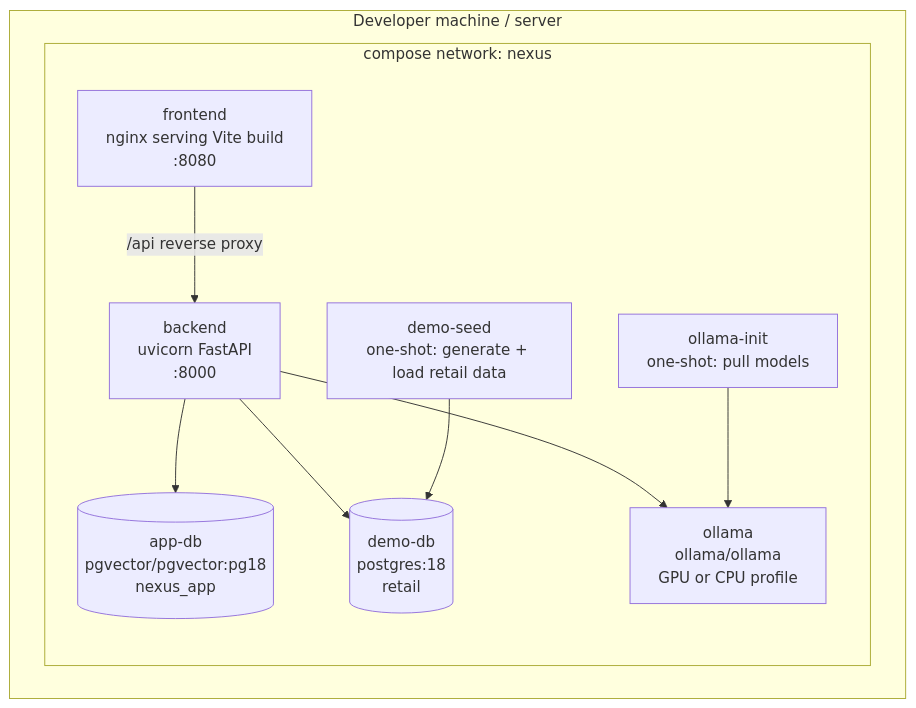
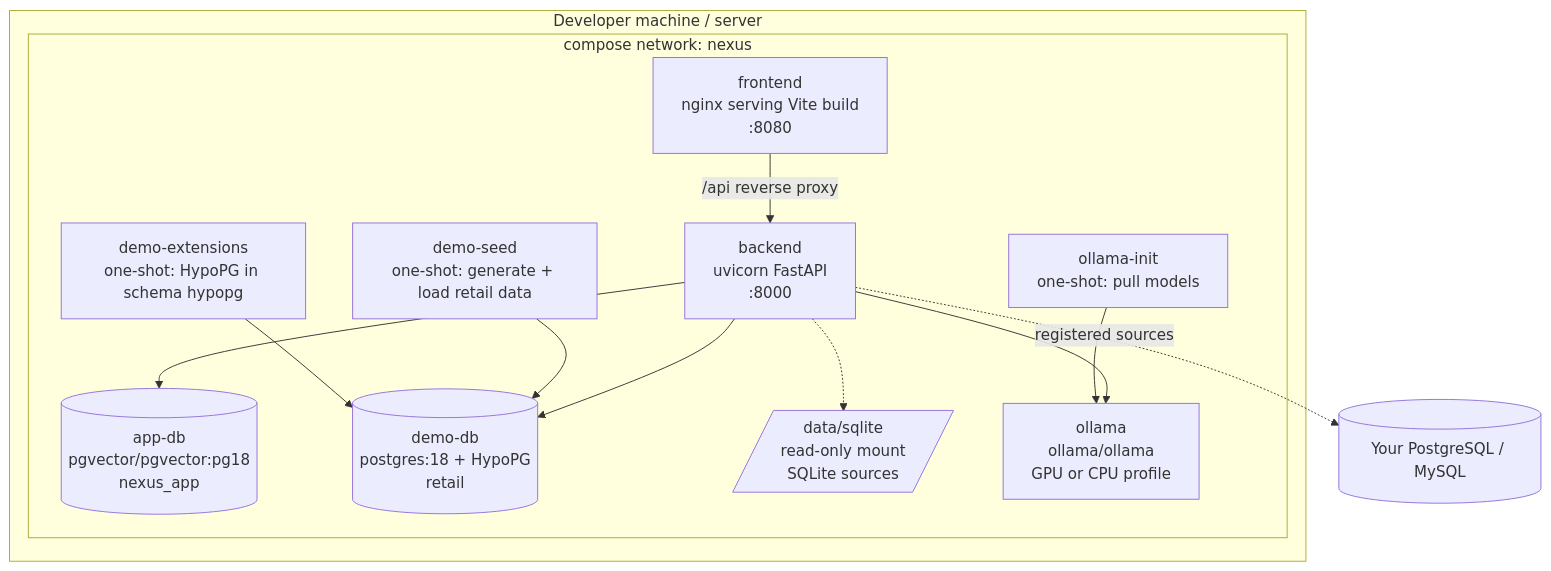
The second of 8 diagrams in docs/ARCHITECTURE.md (ErickEchea/Agente-aut-nomo-Text-to-SQL), drawn with Mermaid before and after one commit. The commit also changed other lines of this file and 11 other files, not shown here.

Commit message:
docs: close phase 5 with ADR-0021 and updated architecture and READMEs

````diff
--- a/docs/ARCHITECTURE.md
+++ b/docs/ARCHITECTURE.md
@@ -45,20 +45,25 @@
 ```mermaid
 flowchart TB
     subgraph host[Developer machine / server]
         subgraph net[compose network: nexus]
             frontend[frontend<br/>nginx serving Vite build<br/>:8080]
             backend[backend<br/>uvicorn FastAPI<br/>:8000]
             appdb[(app-db<br/>pgvector/pgvector:pg18<br/>nexus_app)]
-            demodb[(demo-db<br/>postgres:18<br/>retail)]
+            demodb[(demo-db<br/>postgres:18 + HypoPG<br/>retail)]
+            ext[demo-extensions<br/>one-shot: HypoPG in schema hypopg]
+            sqlite[/data/sqlite<br/>read-only mount<br/>SQLite sources/]
             ollama[ollama<br/>ollama/ollama<br/>GPU or CPU profile]
             init[ollama-init<br/>one-shot: pull models]
             seed[demo-seed<br/>one-shot: generate + load retail data]
         end
     end
     frontend -->|/api reverse proxy| backend
     backend --> appdb
     backend --> demodb
     backend --> ollama
     init --> ollama
     seed --> demodb
+    ext --> demodb
+    backend -.-> sqlite
+    backend -.->|registered sources| extdb[(Your PostgreSQL / MySQL)]
 ```
````
